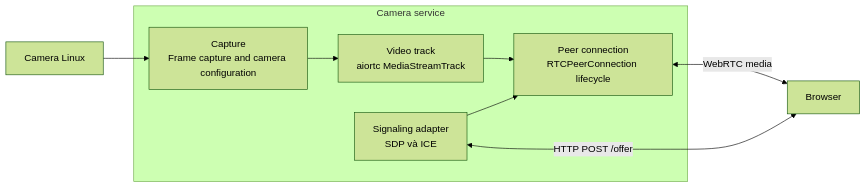
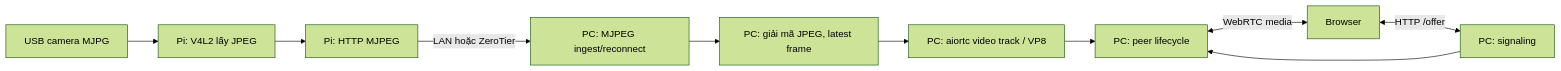
Before and after one commit to dugati201-glitch/digital_twin: the second of 2 diagrams in docs/03-components.md, drawn with Mermaid (forest theme). The commit also changed other lines of this file and 23 other files, not shown here.

Commit message:
Split camera pipeline into Pi MJPEG and PC WebRTC

````diff
--- a/docs/03-components.md
+++ b/docs/03-components.md
@@ -79,21 +79,12 @@
 ```mermaid
 flowchart LR
-    device["Camera Linux"]
-    web["Browser"]
-    subgraph camera["Camera service"]
-        capture["Capture
-Frame capture and camera configuration"]
-        track["Video track
-aiortc MediaStreamTrack"]
-        peer["Peer connection
-RTCPeerConnection lifecycle"]
-        signaling["Signaling adapter
-SDP và ICE"]
-    end
-    device --> capture
-    capture --> track
-    track --> peer
-    peer <-->|"WebRTC media"| web
-    signaling <-->|"HTTP POST /offer"| web
+    device["USB camera MJPG"] --> capture["Pi: V4L2 lấy JPEG"]
+    capture --> http["Pi: HTTP MJPEG"]
+    http -->|"LAN hoặc ZeroTier"| ingest["PC: MJPEG ingest/reconnect"]
+    ingest --> decode["PC: giải mã JPEG, latest frame"]
+    decode --> track["PC: aiortc video track / VP8"]
+    track --> peer["PC: peer lifecycle"]
+    peer <-->|"WebRTC media"| web["Browser"]
+    web <-->|"HTTP /offer"| signaling["PC: signaling"]
     signaling --> peer
 ```
````
